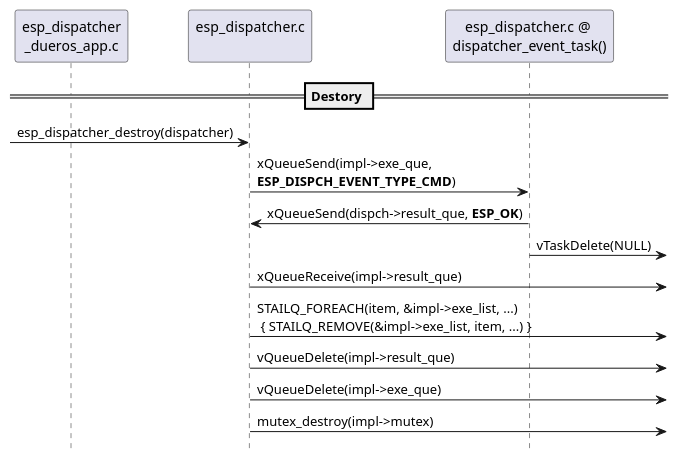
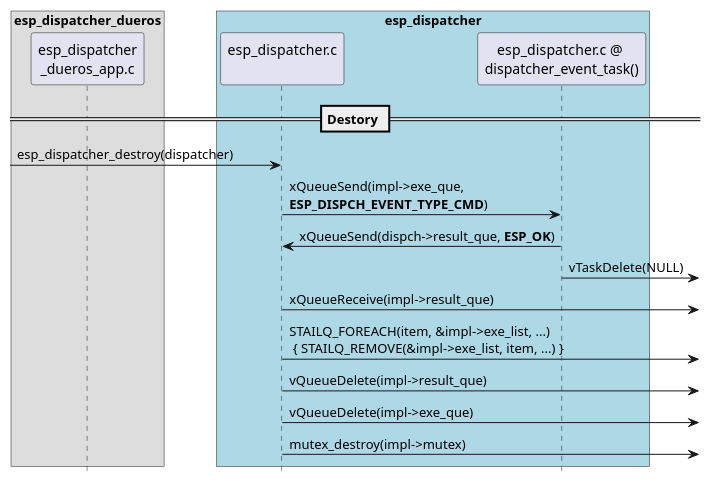
The fifth of 5 diagrams in docs/inside-dispatcher/esp_dispatcher.rst (liangzhu2008/learn-esp-adf), drawn with PlantUML before and after one commit. The commit also changed other lines of this file and 14 other files, not shown here.

Commit message:
用 plantweb 替换 plantuml.jar & graphviz

```diff
--- a/docs/inside-dispatcher/esp_dispatcher.rst
+++ b/docs/inside-dispatcher/esp_dispatcher.rst
@@ -136,21 +156,26 @@
 .. uml::
 
     hide footbox
 
-    participant "esp_dispatcher\n_dueros_app.c" as esp_app order 10
-    participant "esp_dispatcher.c\n" as esp_component order 50
-    participant "esp_dispatcher.c @ \ndispatcher_event_task()" as component_task order 60
+    box "esp_dispatcher_dueros"
+    participant "esp_dispatcher\n_dueros_app.c"         as example           order 10
+    end box
+
+    box "esp_dispatcher" #LightBlue
+    participant "esp_dispatcher.c\n"                    as dispatcher_comp   order 20
+    participant "esp_dispatcher.c @ \ndispatcher_event_task()" as dispatcher_task   order 30
+    end box
 
     == Destory ==
-    [-> esp_component : esp_dispatcher_destroy(dispatcher)
+    [-> dispatcher_comp : esp_dispatcher_destroy(dispatcher)
 
-    esp_component -> component_task : xQueueSend(impl->exe_que, \n**ESP_DISPCH_EVENT_TYPE_CMD**)
-    component_task -> esp_component : xQueueSend(dispch->result_que, **ESP_OK**)
-    component_task ->] : vTaskDelete(NULL)
-    deactivate component_task 
+    dispatcher_comp -> dispatcher_task : xQueueSend(impl->exe_que, \n**ESP_DISPCH_EVENT_TYPE_CMD**)
+    dispatcher_task -> dispatcher_comp : xQueueSend(dispch->result_que, **ESP_OK**)
+    dispatcher_task ->] : vTaskDelete(NULL)
+    deactivate dispatcher_task 
 
-    esp_component ->] : xQueueReceive(impl->result_que)
-    esp_component ->] : STAILQ_FOREACH(item, &impl->exe_list, ...) \n { STAILQ_REMOVE(&impl->exe_list, item, ...) }
-    esp_component ->] : vQueueDelete(impl->result_que)
-    esp_component ->] : vQueueDelete(impl->exe_que)
-    esp_component ->] : mutex_destroy(impl->mutex)
+    dispatcher_comp ->] : xQueueReceive(impl->result_que)
+    dispatcher_comp ->] : STAILQ_FOREACH(item, &impl->exe_list, ...) \n { STAILQ_REMOVE(&impl->exe_list, item, ...) }
+    dispatcher_comp ->] : vQueueDelete(impl->result_que)
+    dispatcher_comp ->] : vQueueDelete(impl->exe_que)
+    dispatcher_comp ->] : mutex_destroy(impl->mutex)
```
